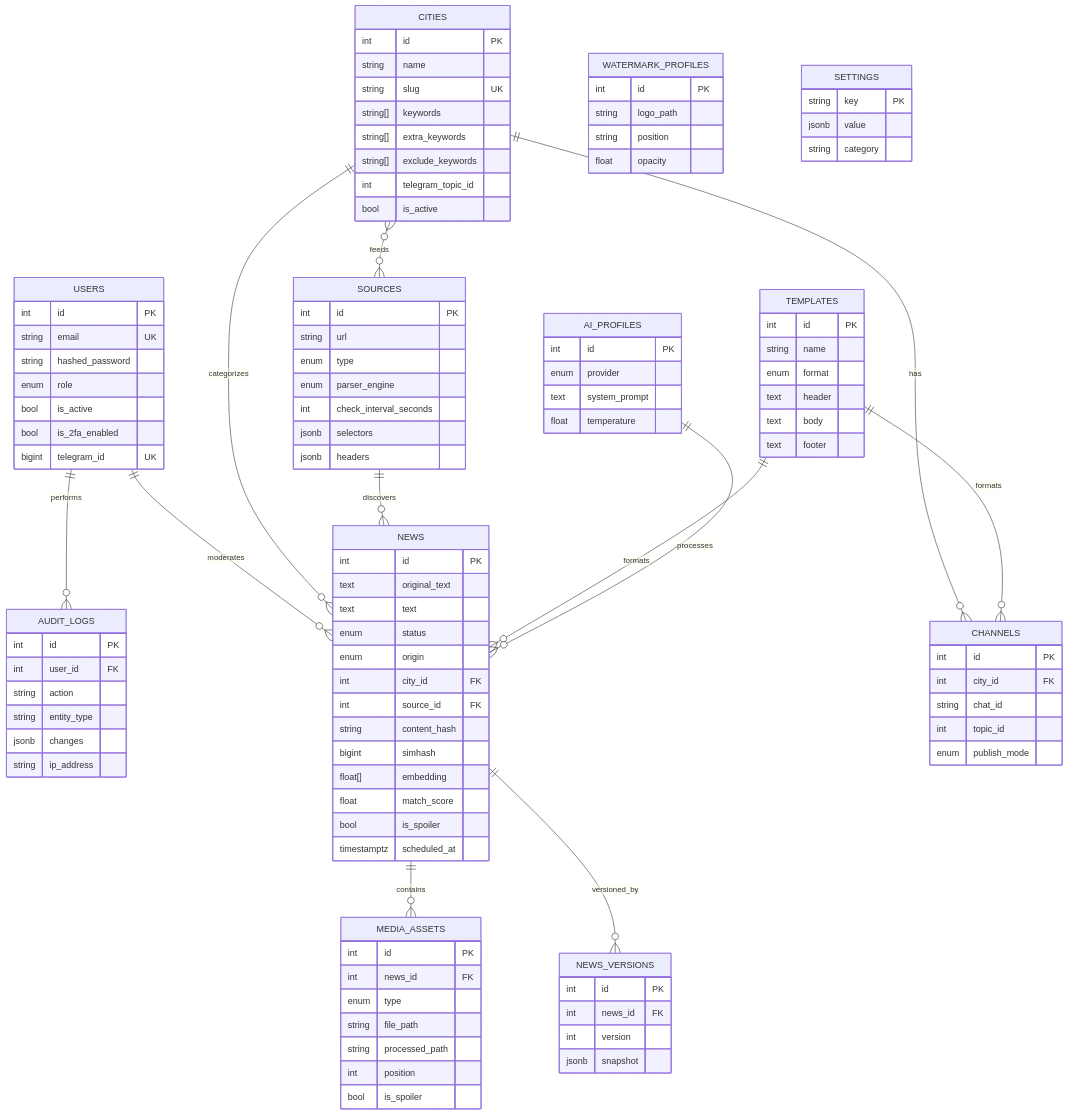
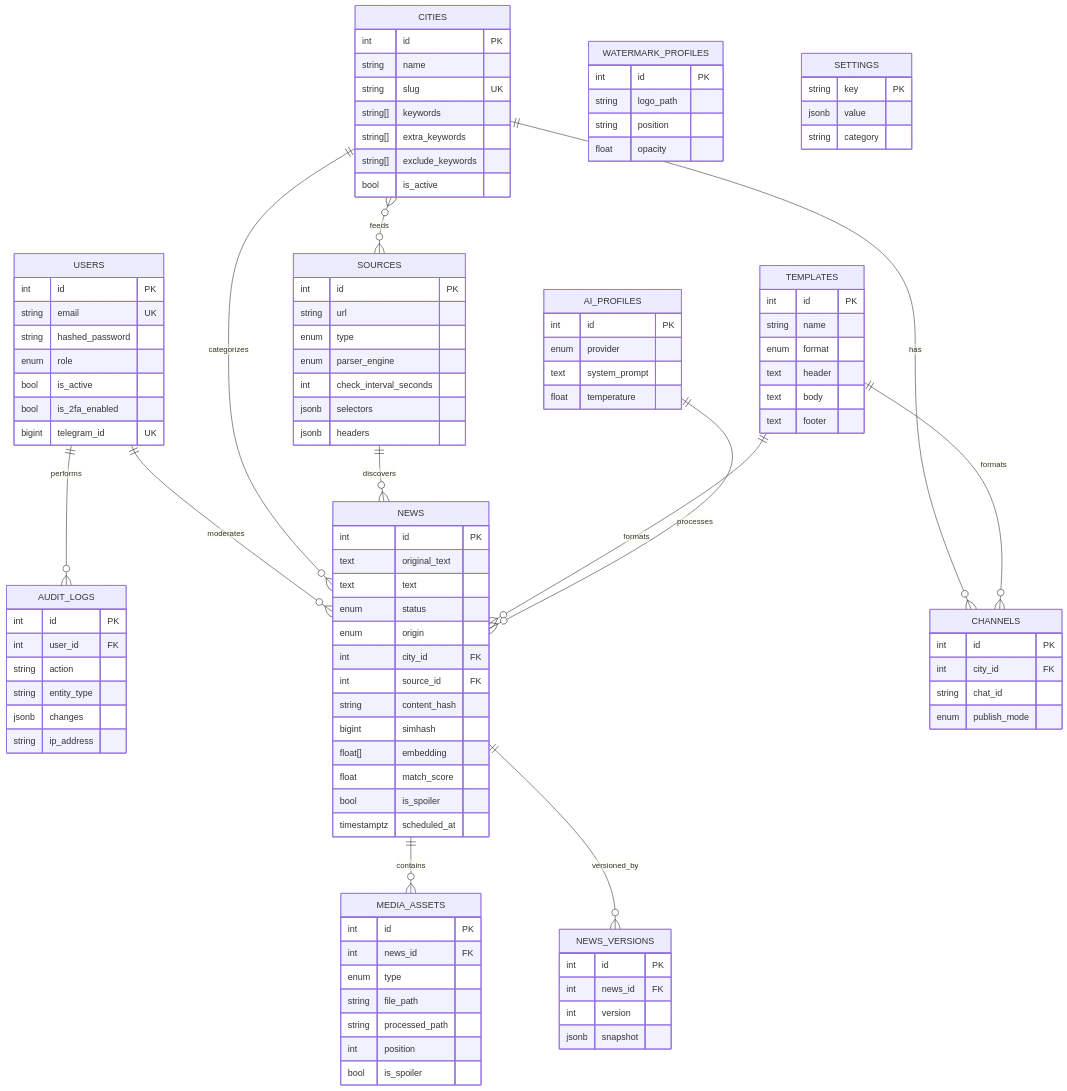
Before and after one commit to sookolin/snews3.0: the diagram in docs/DATABASE.md, drawn with Mermaid. The commit also changed 26 other files, not shown here.

```diff
--- a/docs/DATABASE.md
+++ b/docs/DATABASE.md
@@ -30,7 +30,6 @@
         string[] keywords
         string[] extra_keywords
         string[] exclude_keywords
-        int telegram_topic_id
         bool is_active
     }
     SOURCES {
@@ -76,7 +75,6 @@
         int id PK
         int city_id FK
         string chat_id
-        int topic_id
         enum publish_mode
     }
     TEMPLATES {
```
